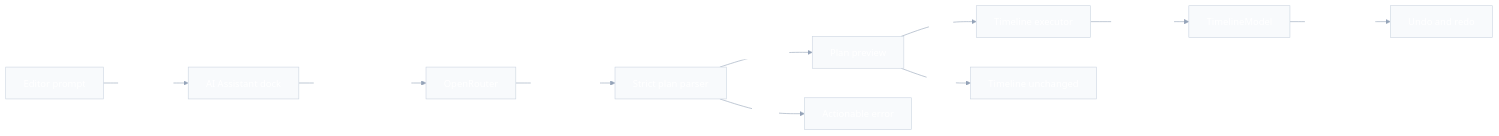
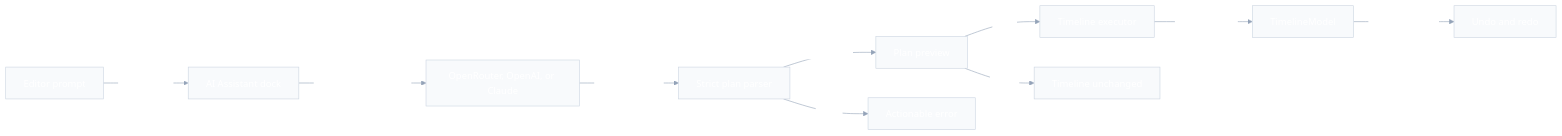
Before and after one commit to firawynix/kdenlive: the diagram in .specs/features/ai-editor/architecture-flow.mmd, drawn with Mermaid. The commit also changed other lines of this file and 11 other files, not shown here.

```diff
--- a/.specs/features/ai-editor/architecture-flow.mmd
+++ b/.specs/features/ai-editor/architecture-flow.mmd
@@ -1,20 +1,12 @@
 %% Diagram: Safe AI editing flow | Date: 2026-09-10
-%%{init: {'theme': 'base', 'themeVariables': {
-  'primaryColor': '#4f46e5', 'primaryTextColor': '#ffffff',
-  'primaryBorderColor': '#3730a3', 'lineColor': '#94a3b8',
-  'secondaryColor': '#10b981', 'tertiaryColor': '#f59e0b',
-  'background': '#ffffff', 'mainBkg': '#f8fafc',
-  'nodeBorder': '#cbd5e1', 'clusterBkg': '#f1f5f9',
-  'clusterBorder': '#e2e8f0', 'titleColor': '#1e293b',
-  'edgeLabelBackground': '#ffffff', 'textColor': '#334155'
-}}}%%
+%%{init: {'theme': 'base', 'themeVariables': {'primaryColor': '#4f46e5', 'primaryTextColor': '#ffffff', 'primaryBorderColor': '#3730a3', 'lineColor': '#94a3b8', 'secondaryColor': '#10b981', 'tertiaryColor': '#f59e0b', 'background': '#ffffff', 'mainBkg': '#f8fafc', 'nodeBorder': '#cbd5e1', 'clusterBkg': '#f1f5f9', 'clusterBorder': '#e2e8f0', 'titleColor': '#1e293b', 'edgeLabelBackground': '#ffffff', 'textColor': '#334155'}}}%%
 flowchart LR
     editor[Editor prompt] -->|Sends intent| assistant[AI Assistant dock]
-    assistant -->|Prompt and metadata| openRouter[OpenRouter]
-    openRouter -->|Untrusted JSON| parser[Strict plan parser]
+    assistant -->|Prompt and metadata| provider[OpenRouter, OpenAI, or Claude]
+    provider -->|Untrusted JSON| parser[Strict plan parser]
     parser -->|Typed plan| preview[Plan preview]
     preview -->|Apply| executor[Timeline executor]
     executor -->|Validated calls| timeline[TimelineModel]
     timeline -->|One transaction| undo[Undo and redo]
     parser -->|Reject| error[Actionable error]
     preview -->|Cancel| unchanged[Timeline unchanged]
```
